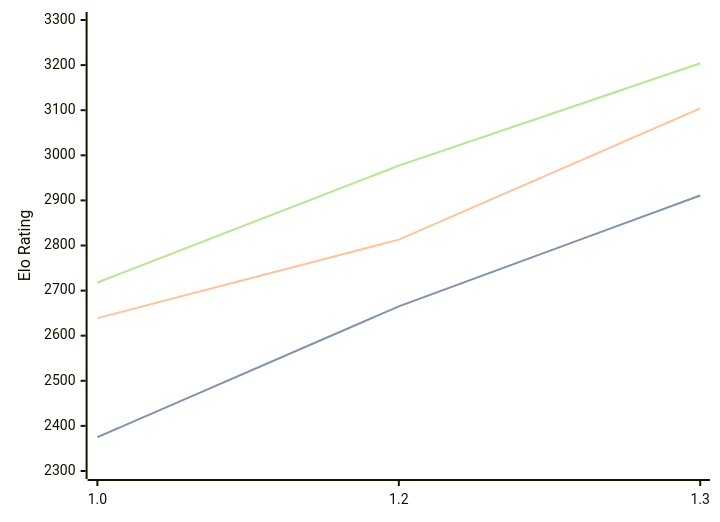
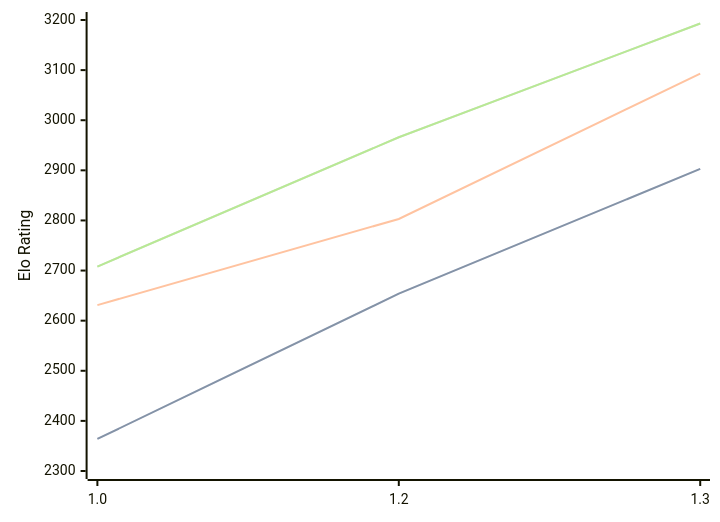
The diagram in engines/Chessnix.md (computer-chess-index/cci), drawn with Mermaid before and after one commit. The commit also changed other lines of this file, not shown here.

Commit message:
Update CCI Ratings (ELO VLTC) - 2026-03-19

````diff
--- a/engines/Chessnix.md
+++ b/engines/Chessnix.md
@@ -33,11 +33,11 @@
 ```mermaid
 %%{init: {"theme":"base","themeVariables":{"seriesColors:['#a3a3a3','#222221','#faa371']}}}%%
 xychart-beta
   x-axis ["1.0", "1.2", "1.3"]
-  y-axis "Elo Rating" 2300 --> 3300
-  line "STC (8.0+0.08s)" [2375, 2665, 2911]
-  line "STC (8.0+0.08s)" [2375, 2665, 2911]
-  line "LTC (60.0+0.60s)" [2639, 2813, 3104]
-  line "VLTC (2m24s+1.12s)" [2718, 2977, 3204]
-  line "VLTC (2m24s+1.12s)" [2718, 2977, 3204]
+  y-axis "Elo Rating" 2300 --> 3200
+  line "STC (8.0+0.08s)" [2364, 2654, 2903]
+  line "STC (8.0+0.08s)" [2364, 2654, 2903]
+  line "LTC (60.0+0.60s)" [2631, 2803, 3093]
+  line "VLTC (2m24s+1.12s)" [2708, 2966, 3193]
+  line "VLTC (2m24s+1.12s)" [2708, 2966, 3193]
 ```
````
